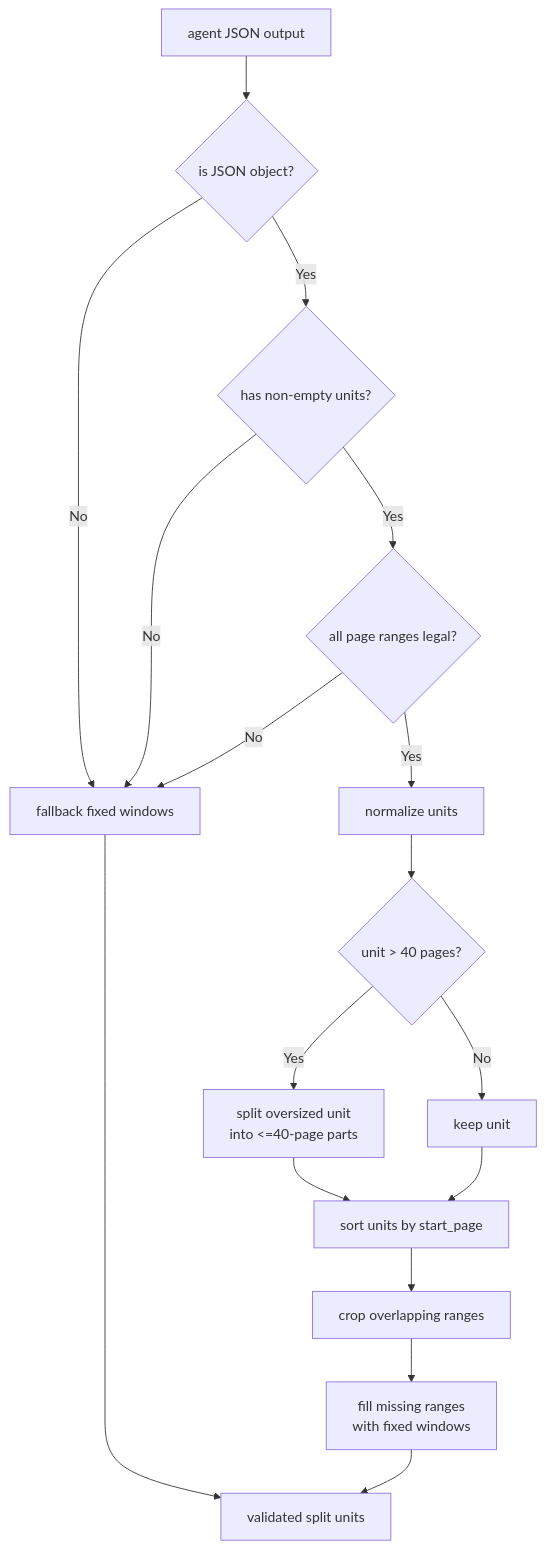
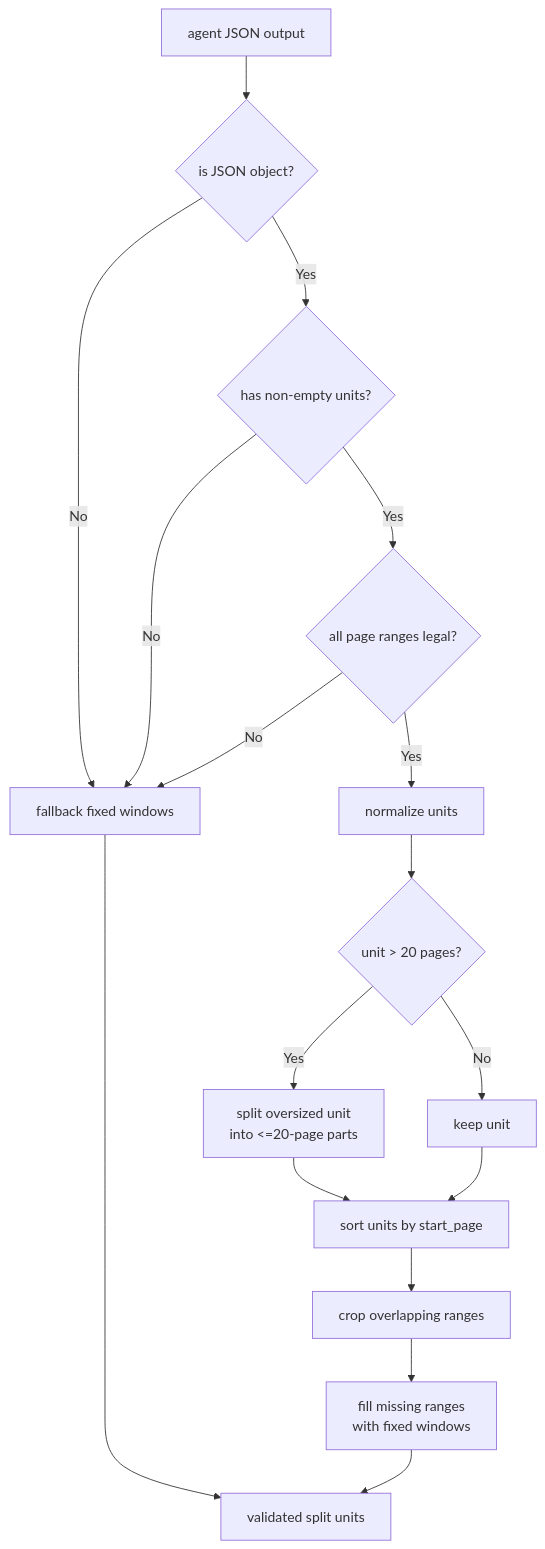
The second of 2 diagrams in docs/technical-explanation/pdf_planning_agent_flow.md (KnowledgeXLab/Little_Heta), drawn with Mermaid before and after one commit. The commit also changed other lines of this file and 6 other files, not shown here.

````diff
--- a/docs/technical-explanation/pdf_planning_agent_flow.md
+++ b/docs/technical-explanation/pdf_planning_agent_flow.md
@@ -146,21 +146,21 @@
 ```mermaid
 flowchart TD
     A["agent JSON output"] --> B{"is JSON object?"}
     B -->|No| F["fallback fixed windows"]
     B -->|Yes| C{"has non-empty units?"}
     C -->|No| F
     C -->|Yes| D{"all page ranges legal?"}
     D -->|No| F
     D -->|Yes| E["normalize units"]
 
-    E --> G{"unit > 40 pages?"}
-    G -->|Yes| H["split oversized unit<br/>into <=40-page parts"]
+    E --> G{"unit > 20 pages?"}
+    G -->|Yes| H["split oversized unit<br/>into <=20-page parts"]
     G -->|No| I["keep unit"]
     H --> J["sort units by start_page"]
     I --> J
 
     J --> K["crop overlapping ranges"]
     K --> L["fill missing ranges<br/>with fixed windows"]
     L --> M["validated split units"]
     F --> M
 ```
````
